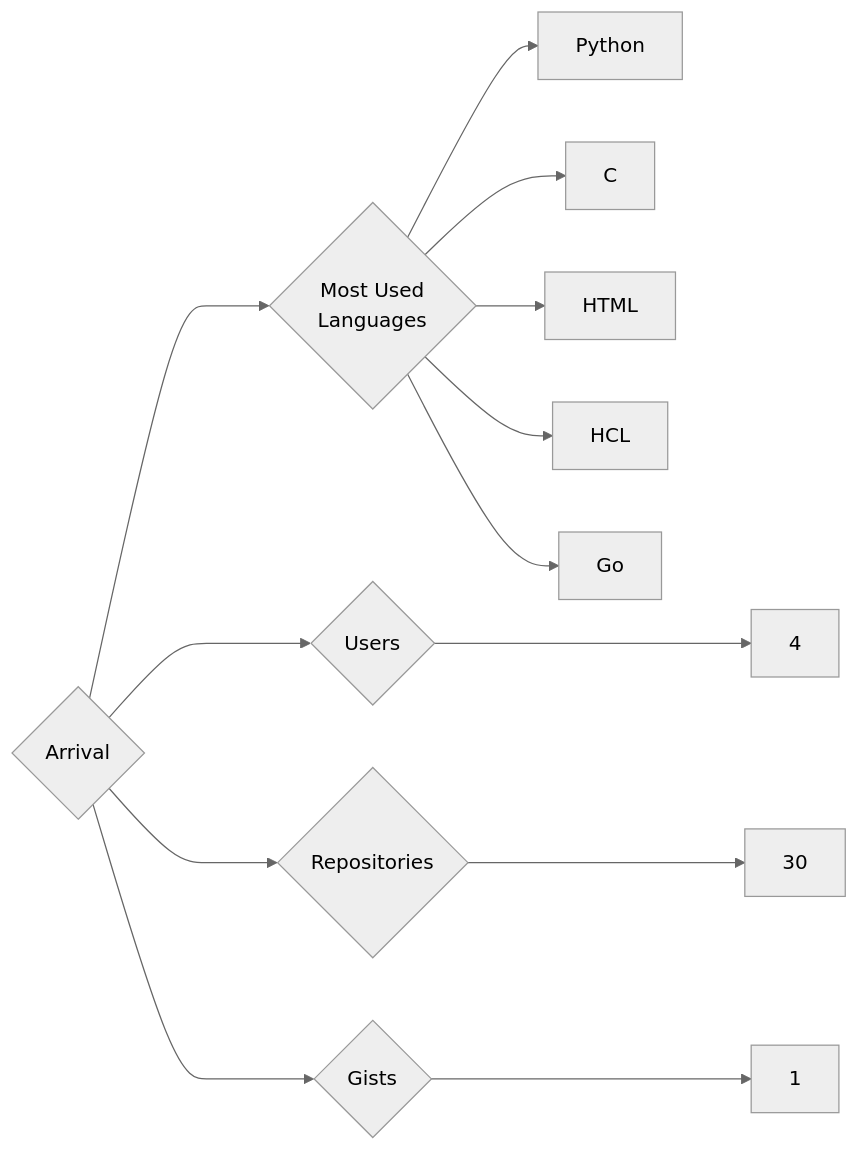
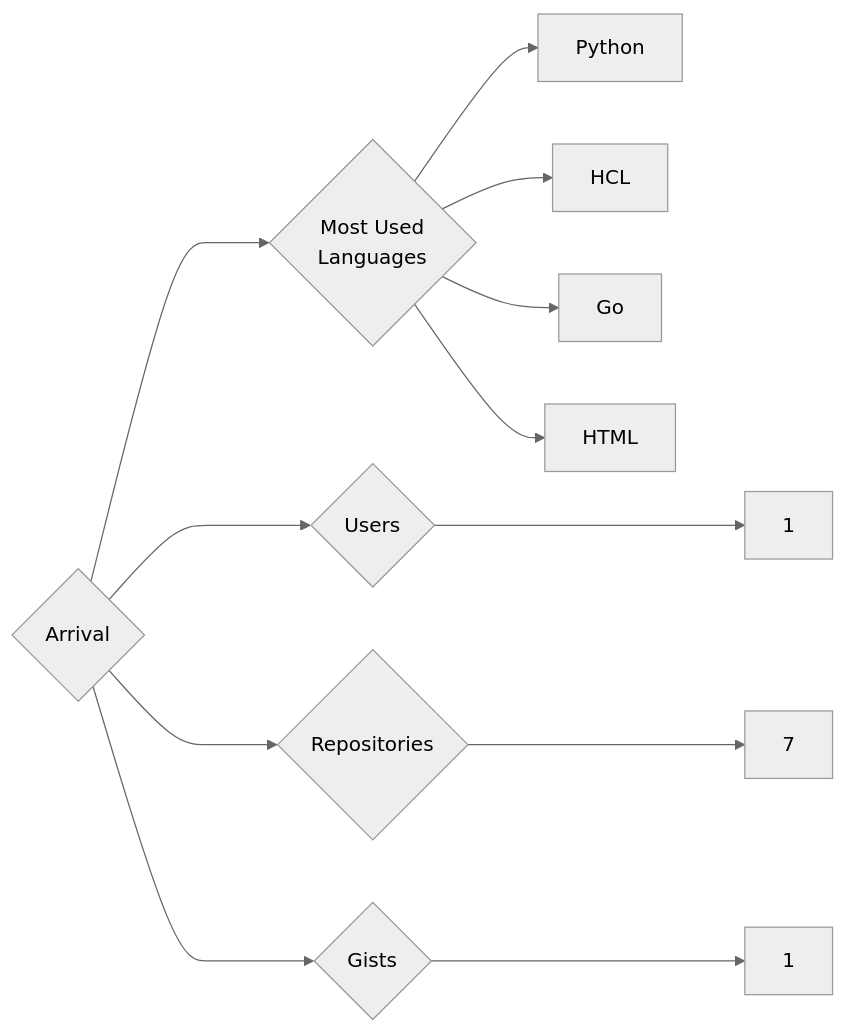
One commit to trickest/insiders changed the diagram in targets/Arrival/README.md. Above: the diagram before and after it, drawn with Mermaid (neutral theme). The commit also changed 898 other files, not shown here.

````diff
--- a/targets/Arrival/README.md
+++ b/targets/Arrival/README.md
@@ -3,13 +3,12 @@
 ```mermaid
 graph LR
 COMPANY_NAME{Arrival}
-COMPANY_NAME ---> U{Users} ---> UN[4]
-COMPANY_NAME ---> R{Repositories} ---> RN[30]
+COMPANY_NAME ---> U{Users} ---> UN[1]
+COMPANY_NAME ---> R{Repositories} ---> RN[7]
 COMPANY_NAME ---> G{Gists} ---> GN[1]
 COMPANY_NAME ---> ML{Most Used<br>Languages}
 ML --> Python[Python]
-ML --> C[C]
-ML --> HTML[HTML]
 ML --> HCL[HCL]
 ML --> Go[Go]
+ML --> HTML[HTML]
 ```
````
